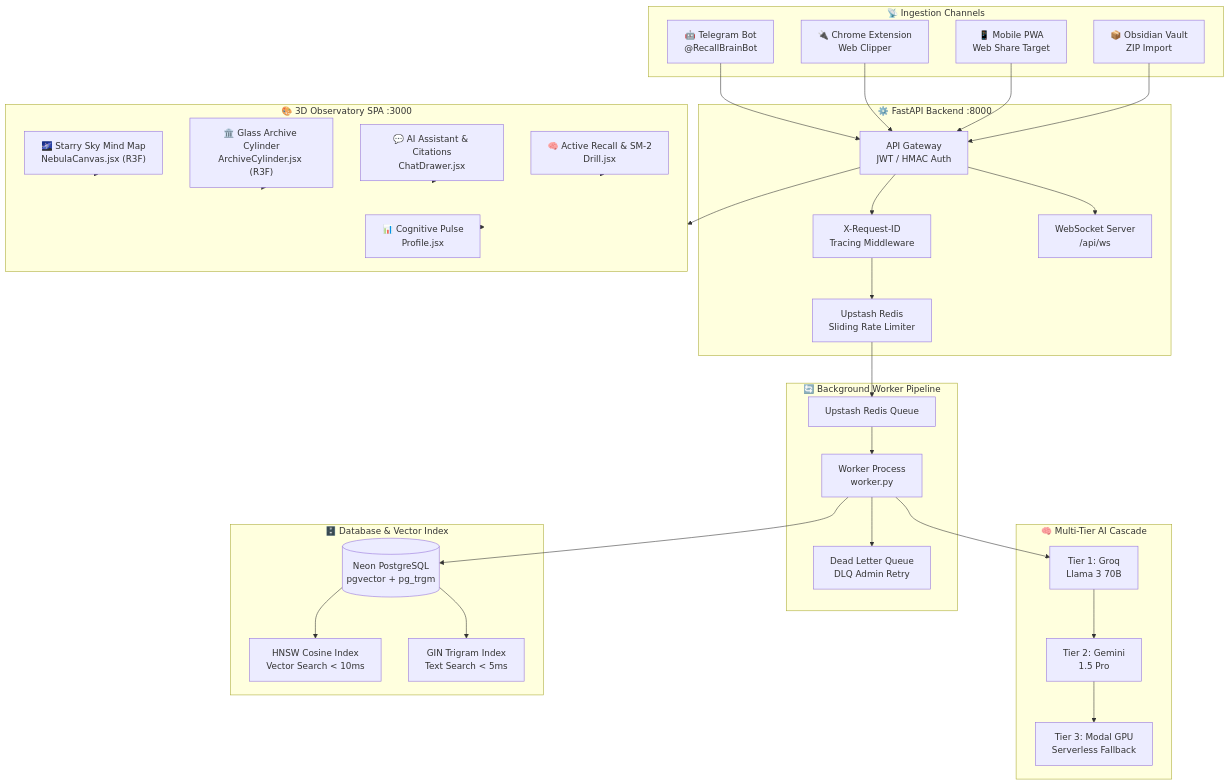
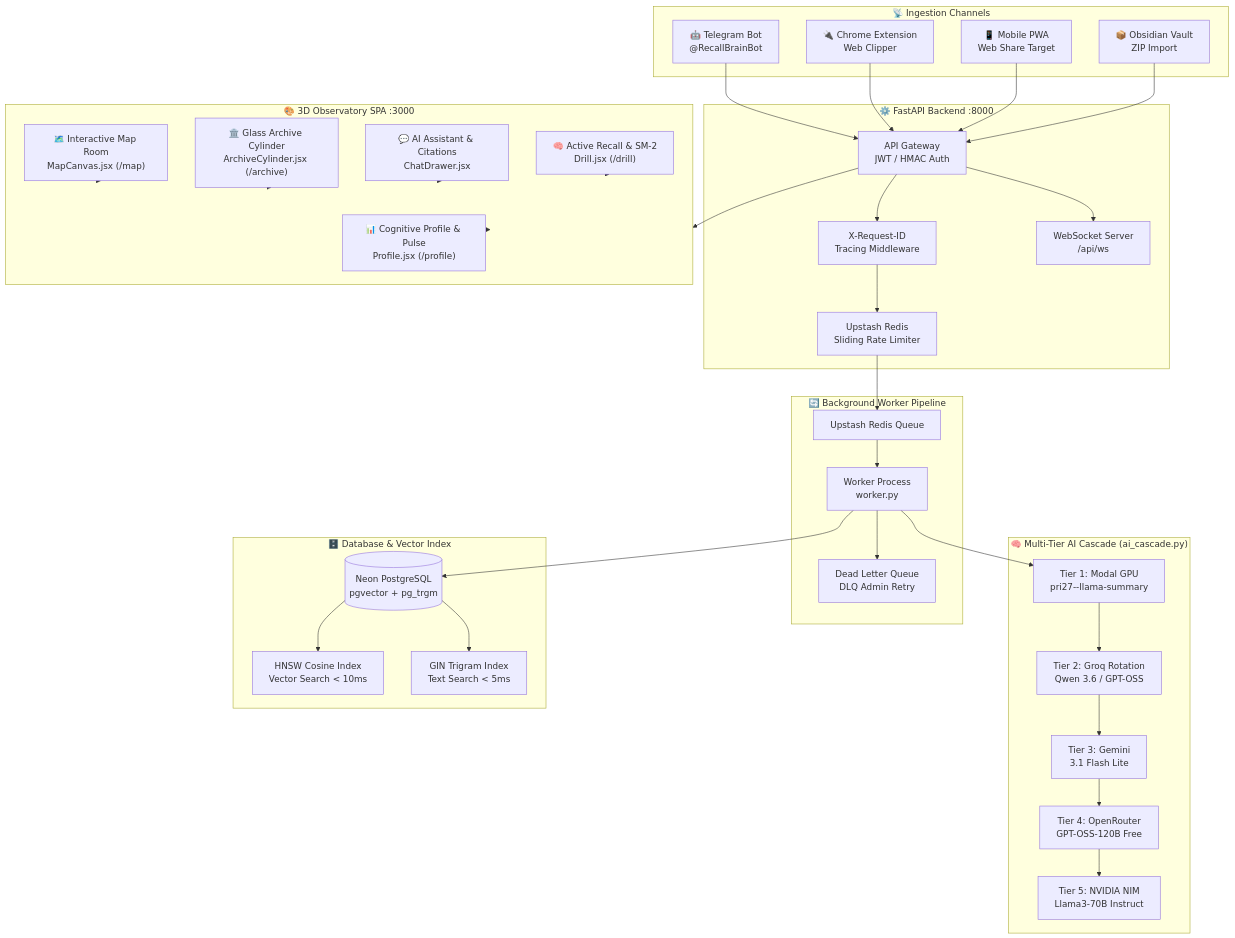
The first of 3 diagrams in README.md (PriyanshuG27/Atrium), drawn with Mermaid before and after one commit. The commit also changed other lines of this file, not shown here.

Commit message:
docs(readme): correct AI cascade architecture to 5-tier (Modal, Groq, Gemini, OpenRouter, NVIDIA NIM) and UI rooms (/archive, /map, /drill, /profile, /settings)

````diff
--- a/README.md
+++ b/README.md
@@ -126,53 +136,55 @@
 ```mermaid
 graph TB
     subgraph INGESTION["📡 Ingestion Channels"]
         TG["🤖 Telegram Bot<br/>@RecallBrainBot"]
         EXT["🔌 Chrome Extension<br/>Web Clipper"]
         SHARE["📱 Mobile PWA<br/>Web Share Target"]
         ZIP["📦 Obsidian Vault<br/>ZIP Import"]
     end
 
     subgraph BACKEND["⚙️ FastAPI Backend  :8000"]
         API["API Gateway<br/>JWT / HMAC Auth"]
         TRACER["X-Request-ID<br/>Tracing Middleware"]
         LIMITER["Upstash Redis<br/>Sliding Rate Limiter"]
         WS["WebSocket Server<br/>/api/ws"]
     end
 
     subgraph QUEUE["🔄 Background Worker Pipeline"]
         REDIS["Upstash Redis Queue"]
         WORKER["Worker Process<br/>worker.py"]
         DLQ["Dead Letter Queue<br/>DLQ Admin Retry"]
     end
 
-    subgraph AI_CASCADE["🧠 Multi-Tier AI Cascade"]
-        GROQ["Tier 1: Groq<br/>Llama 3 70B"]
-        GEMINI["Tier 2: Gemini<br/>1.5 Pro"]
-        MODAL["Tier 3: Modal GPU<br/>Serverless Fallback"]
+    subgraph AI_CASCADE["🧠 Multi-Tier AI Cascade (ai_cascade.py)"]
+        MODAL["Tier 1: Modal GPU<br/>pri27--llama-summary"]
+        GROQ["Tier 2: Groq Rotation<br/>Qwen 3.6 / GPT-OSS"]
+        GEMINI["Tier 3: Gemini<br/>3.1 Flash Lite"]
+        OPENROUTER["Tier 4: OpenRouter<br/>GPT-OSS-120B Free"]
+        NVIDIA["Tier 5: NVIDIA NIM<br/>Llama3-70B Instruct"]
     end
 
     subgraph STORAGE["🗄️ Database & Vector Index"]
         NEON[("Neon PostgreSQL<br/>pgvector + pg_trgm")]
         HNSW["HNSW Cosine Index<br/>Vector Search < 10ms"]
         GIN["GIN Trigram Index<br/>Text Search < 5ms"]
     end
 
     subgraph FRONTEND["🎨 3D Observatory SPA  :3000"]
-        NEBULA["🌌 Starry Sky Mind Map<br/>NebulaCanvas.jsx (R3F)"]
-        CYLINDER["🏛️ Glass Archive Cylinder<br/>ArchiveCylinder.jsx (R3F)"]
+        MAP["🗺️ Interactive Map Room<br/>MapCanvas.jsx (/map)"]
+        CYLINDER["🏛️ Glass Archive Cylinder<br/>ArchiveCylinder.jsx (/archive)"]
         ASSISTANT["💬 AI Assistant & Citations<br/>ChatDrawer.jsx"]
-        DRILL["🧠 Active Recall & SM-2<br/>Drill.jsx"]
-        PULSE["📊 Cognitive Pulse<br/>Profile.jsx"]
+        DRILL["🧠 Active Recall & SM-2<br/>Drill.jsx (/drill)"]
+        PULSE["📊 Cognitive Profile & Pulse<br/>Profile.jsx (/profile)"]
     end
 
     TG & EXT & SHARE & ZIP --> API
     API --> TRACER --> LIMITER --> REDIS
     API --> WS
     REDIS --> WORKER
     WORKER --> DLQ
-    WORKER --> GROQ --> GEMINI --> MODAL
+    WORKER --> MODAL --> GROQ --> GEMINI --> OPENROUTER --> NVIDIA
     WORKER --> NEON
     NEON --> HNSW & GIN
     API --> FRONTEND
-    NEBULA & CYLINDER & ASSISTANT & DRILL & PULSE --> FRONTEND
+    MAP & CYLINDER & ASSISTANT & DRILL & PULSE --> FRONTEND
 ```
````
